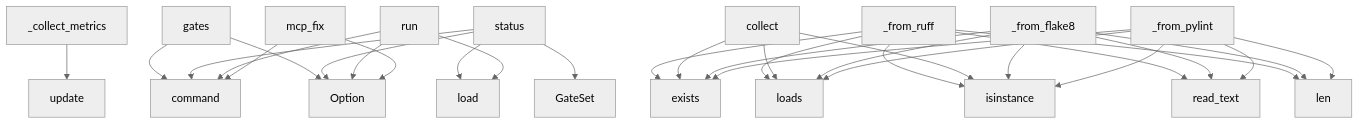
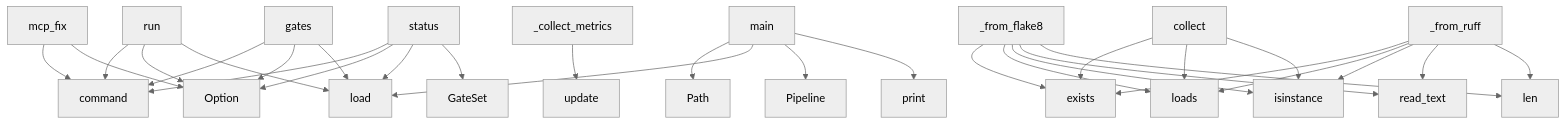
The diagram in project/context.md (semcod/pyqual), drawn with Mermaid (neutral theme) before and after one commit. The commit also changed other lines of this file and 42 other files, not shown here.

````diff
--- a/project/context.md
+++ b/project/context.md
@@ -421,33 +446,33 @@
 ```mermaid
 graph TD
     mcp_fix --> command
     mcp_fix --> Option
     _collect_metrics --> update
-    _from_pylint --> exists
-    _from_pylint --> loads
-    _from_pylint --> isinstance
-    _from_pylint --> read_text
-    _from_pylint --> len
+    main --> Path
+    main --> load
+    main --> Pipeline
+    main --> print
     _from_flake8 --> exists
     _from_flake8 --> loads
     _from_flake8 --> isinstance
     _from_flake8 --> read_text
     _from_flake8 --> len
     collect --> exists
     collect --> loads
     collect --> isinstance
     _from_ruff --> exists
     _from_ruff --> loads
     _from_ruff --> isinstance
     _from_ruff --> read_text
     _from_ruff --> len
     run --> command
     run --> Option
     run --> load
     status --> command
     status --> Option
     status --> load
     status --> GateSet
     gates --> command
     gates --> Option
+    gates --> load
 ```
````
